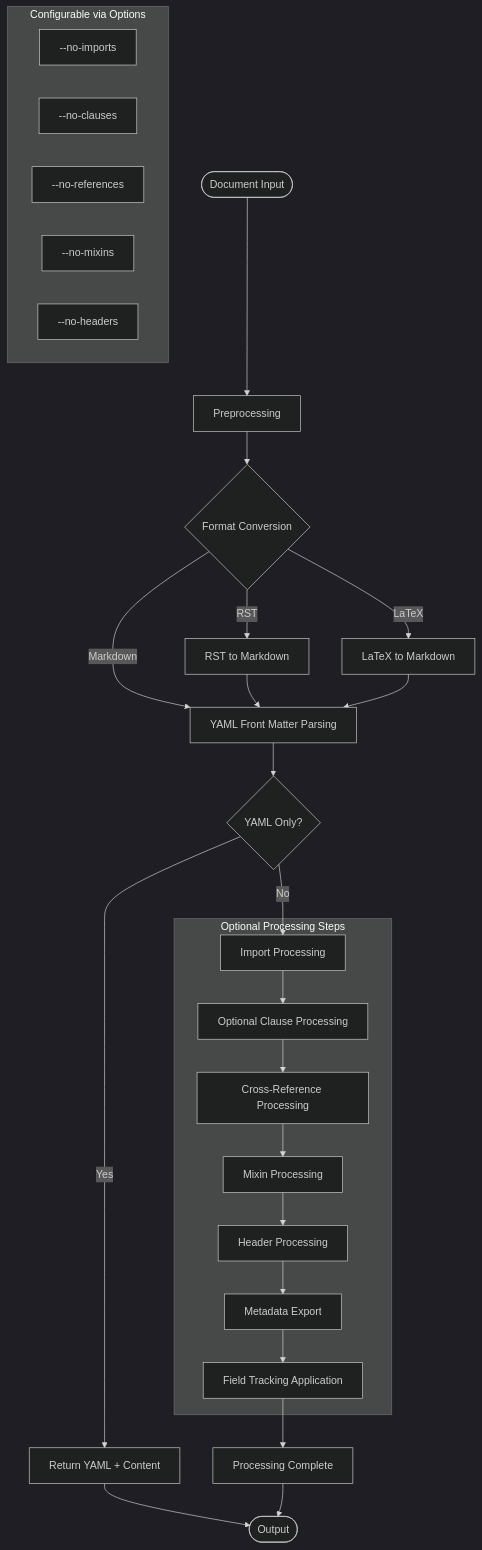
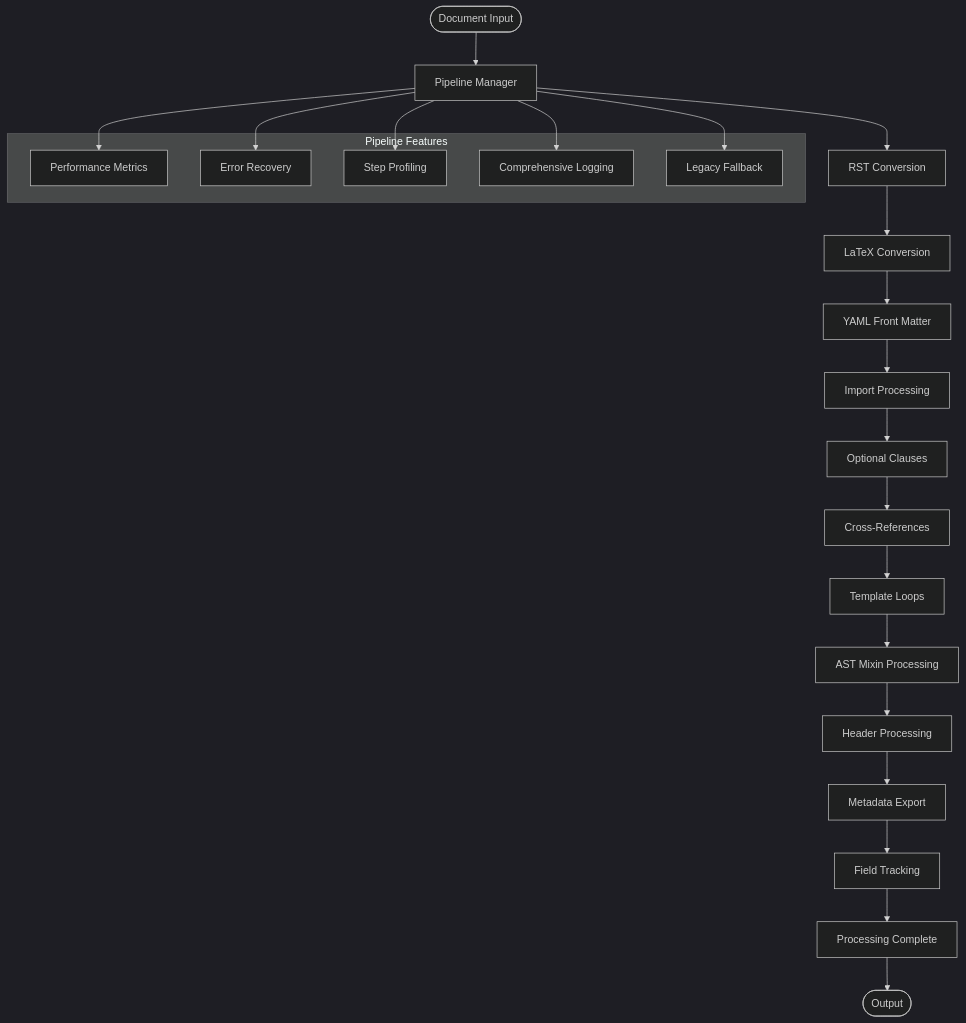
One commit to petalo/legal-markdown-js changed the second of 25 diagrams in docs/ARCHITECTURE.md. Above: the diagram before and after it, drawn with Mermaid (dark theme). The commit also changed other lines of this file and 20 other files, not shown here.

First line of the commit message:
feat: implement modern pipeline architecture with AST-based processing

````diff
--- a/docs/ARCHITECTURE.md
+++ b/docs/ARCHITECTURE.md
@@ -104,44 +109,33 @@
 ```mermaid
 flowchart TD
-    START([Document Input]) --> PREP[Preprocessing]
+    START([Document Input]) --> PIPELINE[Pipeline Manager]
 
-    PREP --> CONV{Format Conversion}
-    CONV -->|RST| RST_CONV[RST to Markdown]
-    CONV -->|LaTeX| TEX_CONV[LaTeX to Markdown]
-    CONV -->|Markdown| YAML_PARSE[YAML Front Matter Parsing]
-    RST_CONV --> YAML_PARSE
-    TEX_CONV --> YAML_PARSE
+    PIPELINE --> RST_STEP[RST Conversion]
+    RST_STEP --> LATEX_STEP[LaTeX Conversion]
+    LATEX_STEP --> YAML_STEP[YAML Front Matter]
+    YAML_STEP --> IMPORT_STEP[Import Processing]
+    IMPORT_STEP --> CLAUSE_STEP[Optional Clauses]
+    CLAUSE_STEP --> REF_STEP[Cross-References]
+    REF_STEP --> TEMPLATE_STEP[Template Loops]
+    TEMPLATE_STEP --> MIXIN_STEP[AST Mixin Processing]
+    MIXIN_STEP --> HEADER_STEP[Header Processing]
+    HEADER_STEP --> META_STEP[Metadata Export]
+    META_STEP --> TRACK_STEP[Field Tracking]
+    TRACK_STEP --> COMPLETE[Processing Complete]
 
-    YAML_PARSE --> CHECK{YAML Only?}
-    CHECK -->|Yes| YAML_OUT[Return YAML + Content]
-    CHECK -->|No| IMPORT_PROC[Import Processing]
+    COMPLETE --> END([Output])
 
-    IMPORT_PROC --> CLAUSE_PROC[Optional Clause Processing]
-    CLAUSE_PROC --> REF_PROC[Cross-Reference Processing]
-    REF_PROC --> MIXIN_PROC[Mixin Processing]
-    MIXIN_PROC --> HEADER_PROC[Header Processing]
-    HEADER_PROC --> META_EXPORT[Metadata Export]
-    META_EXPORT --> TRACK_APPLY[Field Tracking Application]
-    TRACK_APPLY --> COMPLETE[Processing Complete]
-
-    YAML_OUT --> END([Output])
-    COMPLETE --> END
-
-    subgraph "Optional Processing Steps"
-        IMPORT_PROC
-        CLAUSE_PROC
-        REF_PROC
-        MIXIN_PROC
-        HEADER_PROC
-        META_EXPORT
-        TRACK_APPLY
+    subgraph "Pipeline Features"
+        METRICS[Performance Metrics]
+        ERROR_HANDLING[Error Recovery]
+        PROFILING[Step Profiling]
+        LOGGING[Comprehensive Logging]
+        FALLBACK[Legacy Fallback]
     end
 
-    subgraph "Configurable via Options"
-        noImports["--no-imports"]
-        noClauses["--no-clauses"]
-        noReferences["--no-references"]
-        noMixins["--no-mixins"]
-        noHeaders["--no-headers"]
-    end
+    PIPELINE --> METRICS
+    PIPELINE --> ERROR_HANDLING
+    PIPELINE --> PROFILING
+    PIPELINE --> LOGGING
+    PIPELINE --> FALLBACK
 ```
````
